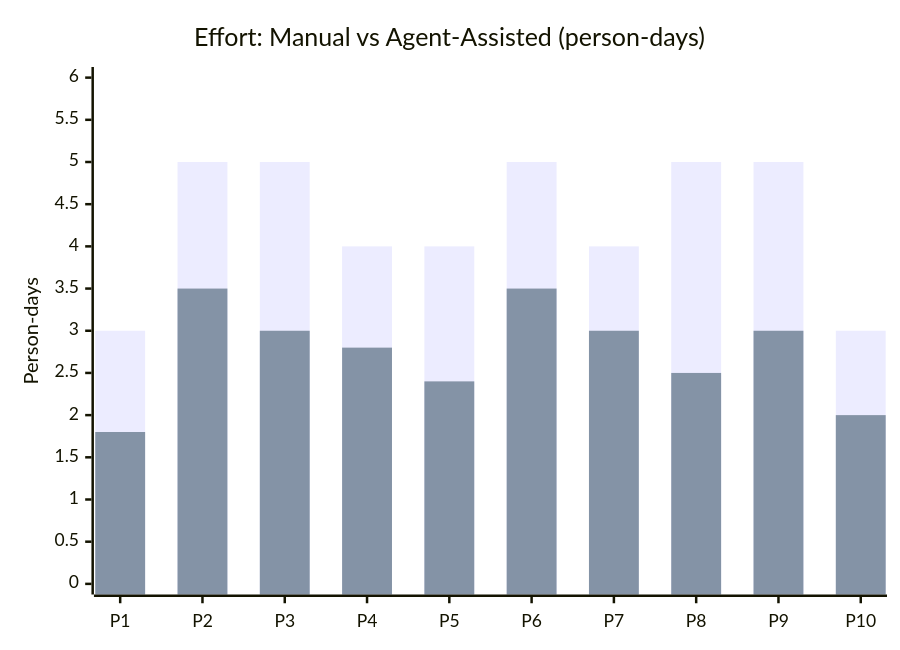
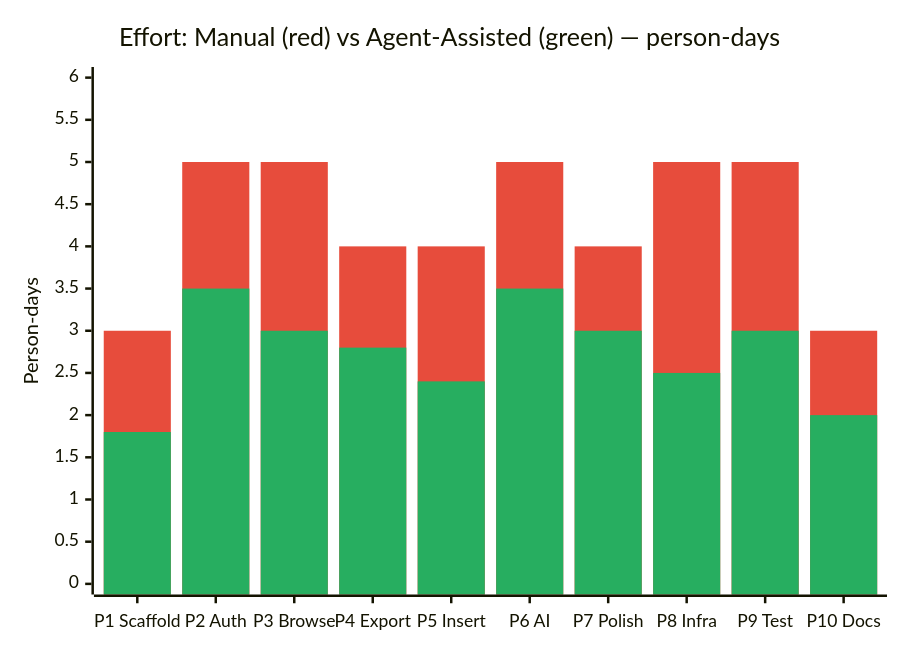
Before and after one commit to fredgis/OfficeAddin: the fourth of 5 diagrams in docs/estimation.md, drawn with Mermaid. The commit also changed other lines of this file and 1 other file, not shown here.

First line of the commit message:
docs: enhance Mermaid diagrams with colors and fix broken charts

````diff
--- a/docs/estimation.md
+++ b/docs/estimation.md
@@ -137,8 +143,9 @@
 ```mermaid
+%%{init: {'theme': 'base', 'themeVariables': {'xyChart': {'backgroundColor': '#ffffff', 'plotColorPalette': '#E74C3C, #27AE60'}}}}%%
 xychart-beta
-    title "Effort: Manual vs Agent-Assisted (person-days)"
-    x-axis ["P1", "P2", "P3", "P4", "P5", "P6", "P7", "P8", "P9", "P10"]
+    title "Effort: Manual (red) vs Agent-Assisted (green) — person-days"
+    x-axis ["P1 Scaffold", "P2 Auth", "P3 Browse", "P4 Export", "P5 Insert", "P6 AI", "P7 Polish", "P8 Infra", "P9 Test", "P10 Docs"]
     y-axis "Person-days" 0 --> 6
     bar [3, 5, 5, 4, 4, 5, 4, 5, 5, 3]
     bar [1.8, 3.5, 3, 2.8, 2.4, 3.5, 3, 2.5, 3, 2]
 ```
````
